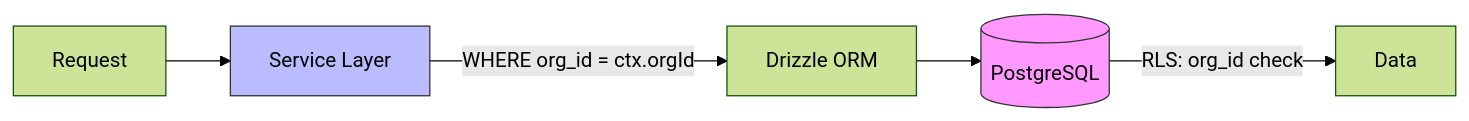
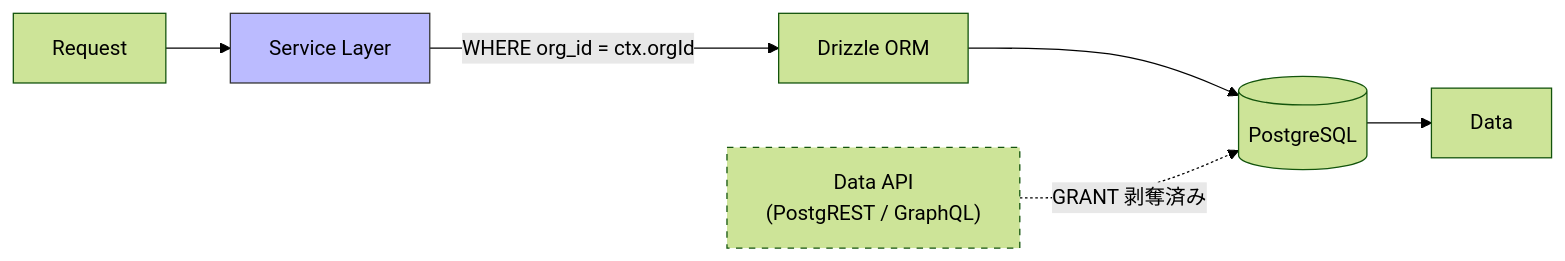
One commit to TakuyaMiyashita/fondra-hr changed the diagram in docs/architecture/multi-tenancy.md. Above: the diagram before and after it, drawn with Mermaid (forest theme). The commit also changed other lines of this file and 35 other files, not shown here.

````diff
--- a/docs/architecture/multi-tenancy.md
+++ b/docs/architecture/multi-tenancy.md
@@ -7,10 +7,12 @@
 ```mermaid
 graph LR
     REQ[Request] --> SVC[Service Layer]
     SVC -->|"WHERE org_id = ctx.orgId"| DRIZZLE[Drizzle ORM]
     DRIZZLE --> PG[(PostgreSQL)]
-    PG -->|"RLS: org_id check"| DATA[Data]
+    PG --> DATA[Data]
+
+    API["Data API<br/>(PostgREST / GraphQL)"] -.->|GRANT 剥奪済み| PG
 
     style SVC fill:#bbf,stroke:#333
-    style PG fill:#f9f,stroke:#333
+    style API stroke-dasharray: 5 5
 ```
````
